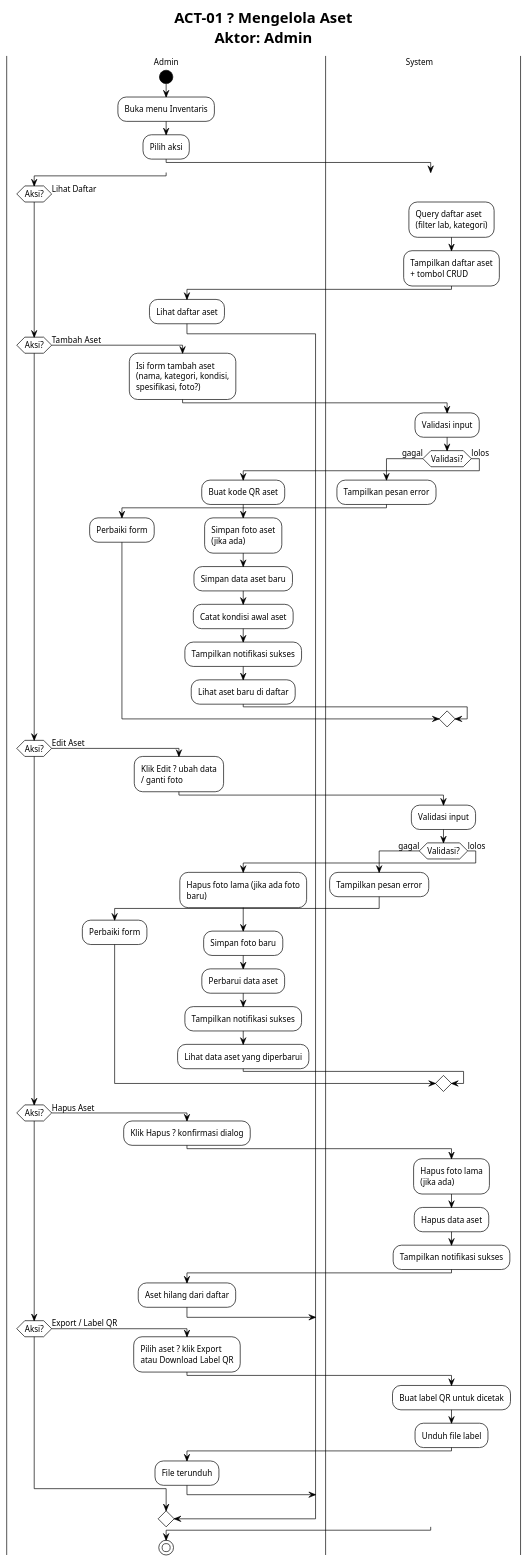
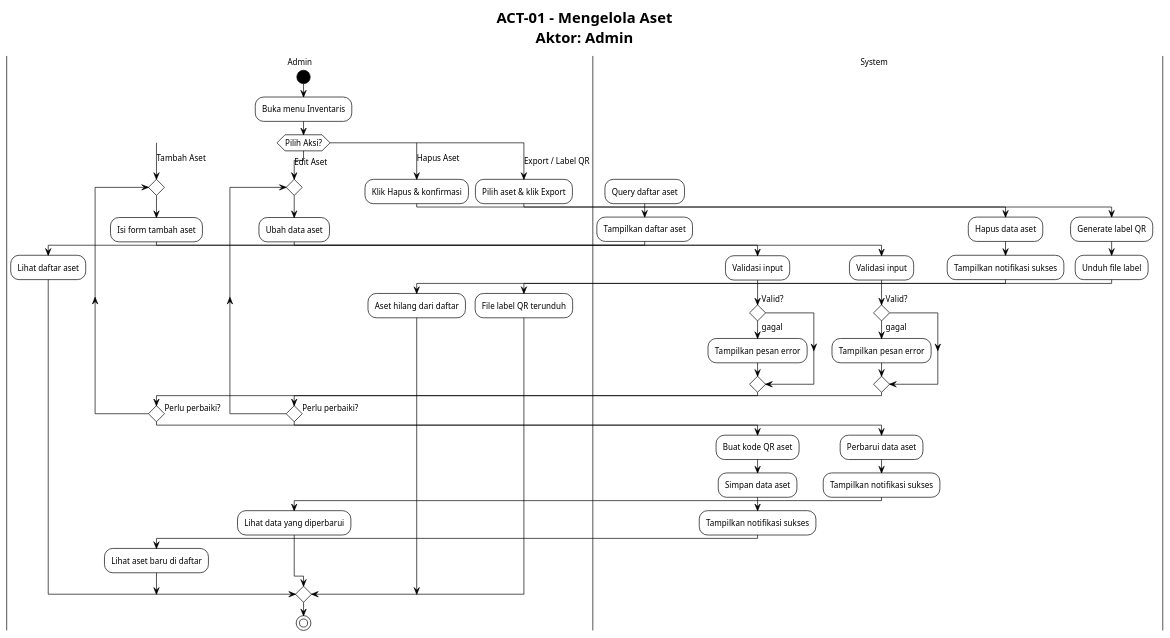
Before and after one commit to Habiboys/SILAB-DSI: the diagram in docs/inventaris/activity/ACT_01_MENGELOLA_ASET.puml, drawn with PlantUML. The commit also changed 182 other files, not shown here.

```diff
--- a/docs/inventaris/activity/ACT_01_MENGELOLA_ASET.puml
+++ b/docs/inventaris/activity/ACT_01_MENGELOLA_ASET.puml
@@ -1,84 +1,80 @@
 @startuml ACT_01_MENGELOLA_ASET
 !theme plain
-!pragma useVerticalIf on
-scale max 1600 width
-skinparam wrapWidth 200
-
 skinparam defaultFontSize 12
 skinparam swimlaneWidth 220
 skinparam ActivityStartColor black
 skinparam ActivityEndColor black
-title ACT-01 ? Mengelola Aset\nAktor: Admin
+skinparam ConditionStyle diamond
+
+title ACT-01 - Mengelola Aset\nAktor: Admin
 
 |Admin|
 start
 :Buka menu Inventaris;
-:Pilih aksi;
 
-if (Aksi?) then (Lihat Daftar)
+switch (Pilih Aksi?)
+
+case (Lihat Daftar)
   |System|
-  :Query daftar aset\n(filter lab, kategori);
-  :Tampilkan daftar aset\n+ tombol CRUD;
+  :Query daftar aset;
+  :Tampilkan daftar aset;
   |Admin|
   :Lihat daftar aset;
 
-elseif (Aksi?) then (Tambah Aset)
+case (Tambah Aset)
   |Admin|
-  :Isi form tambah aset\n(nama, kategori, kondisi,\nspesifikasi, foto?);
+  repeat
+    :Isi form tambah aset;
+    |System|
+    :Validasi input;
+    if (Valid?) then (gagal)
+      :Tampilkan pesan error;
+    endif
+    |Admin|
+  repeat while (Perlu perbaiki?) is (Ya) not (Tidak)
   |System|
-  :Validasi input;
-  if (Validasi?) then (gagal)
-    :Tampilkan pesan error;
+  :Buat kode QR aset;
+  :Simpan data aset;
+  :Tampilkan notifikasi sukses;
+  |Admin|
+  :Lihat aset baru di daftar;
+
+case (Edit Aset)
+  |Admin|
+  repeat
+    :Ubah data aset;
+    |System|
+    :Validasi input;
+    if (Valid?) then (gagal)
+      :Tampilkan pesan error;
+    endif
     |Admin|
-    :Perbaiki form;
-  else (lolos)
-    :Buat kode QR aset;
-    :Simpan foto aset\n(jika ada);
-    :Simpan data aset baru;
-    :Catat kondisi awal aset;
-    :Tampilkan notifikasi sukses;
-    |Admin|
-    :Lihat aset baru di daftar;
-  endif
+  repeat while (Perlu perbaiki?) is (Ya) not (Tidak)
+  |System|
+  :Perbarui data aset;
+  :Tampilkan notifikasi sukses;
+  |Admin|
+  :Lihat data yang diperbarui;
 
-elseif (Aksi?) then (Edit Aset)
+case (Hapus Aset)
   |Admin|
-  :Klik Edit ? ubah data\n/ ganti foto;
+  :Klik Hapus & konfirmasi;
   |System|
-  :Validasi input;
-  if (Validasi?) then (gagal)
-    :Tampilkan pesan error;
-    |Admin|
-    :Perbaiki form;
-  else (lolos)
-    :Hapus foto lama (jika ada foto baru);
-    :Simpan foto baru;
-    :Perbarui data aset;
-    :Tampilkan notifikasi sukses;
-    |Admin|
-    :Lihat data aset yang diperbarui;
-  endif
-
-elseif (Aksi?) then (Hapus Aset)
-  |Admin|
-  :Klik Hapus ? konfirmasi dialog;
-  |System|
-  :Hapus foto lama\n(jika ada);
   :Hapus data aset;
   :Tampilkan notifikasi sukses;
   |Admin|
   :Aset hilang dari daftar;
 
-elseif (Aksi?) then (Export / Label QR)
+case (Export / Label QR)
   |Admin|
-  :Pilih aset ? klik Export\natau Download Label QR;
+  :Pilih aset & klik Export;
   |System|
-  :Buat label QR untuk dicetak;
+  :Generate label QR;
   :Unduh file label;
   |Admin|
-  :File terunduh;
+  :File label QR terunduh;
 
-endif
+endswitch
 
 stop
 @enduml
```
